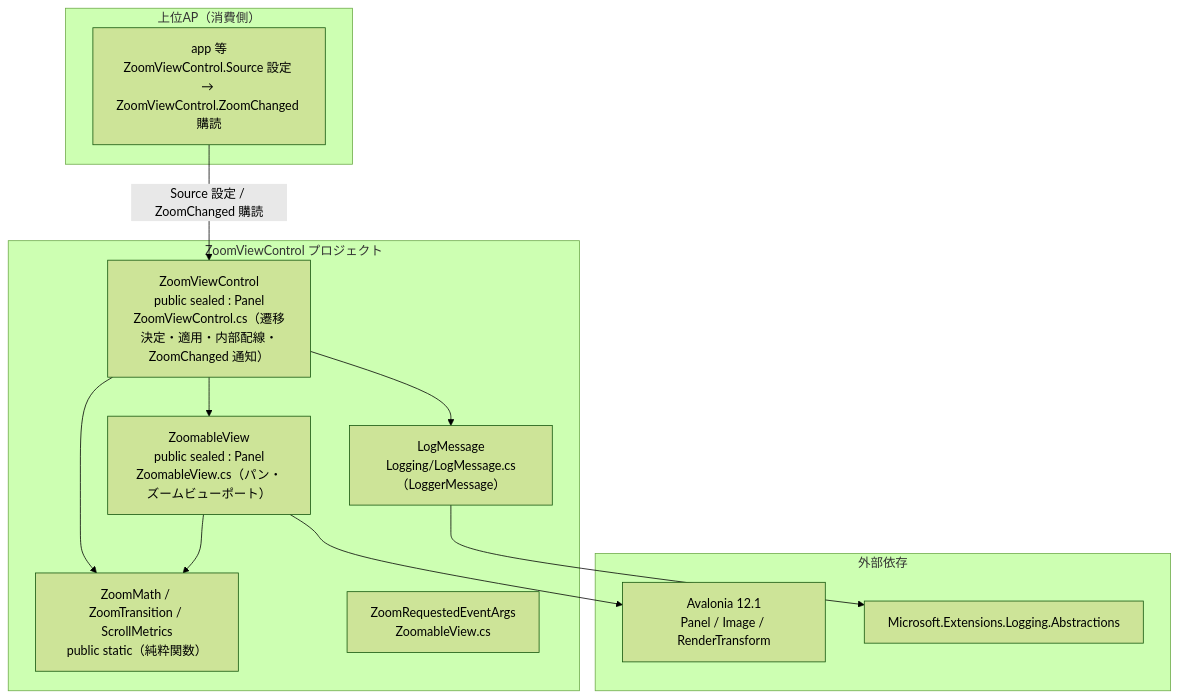
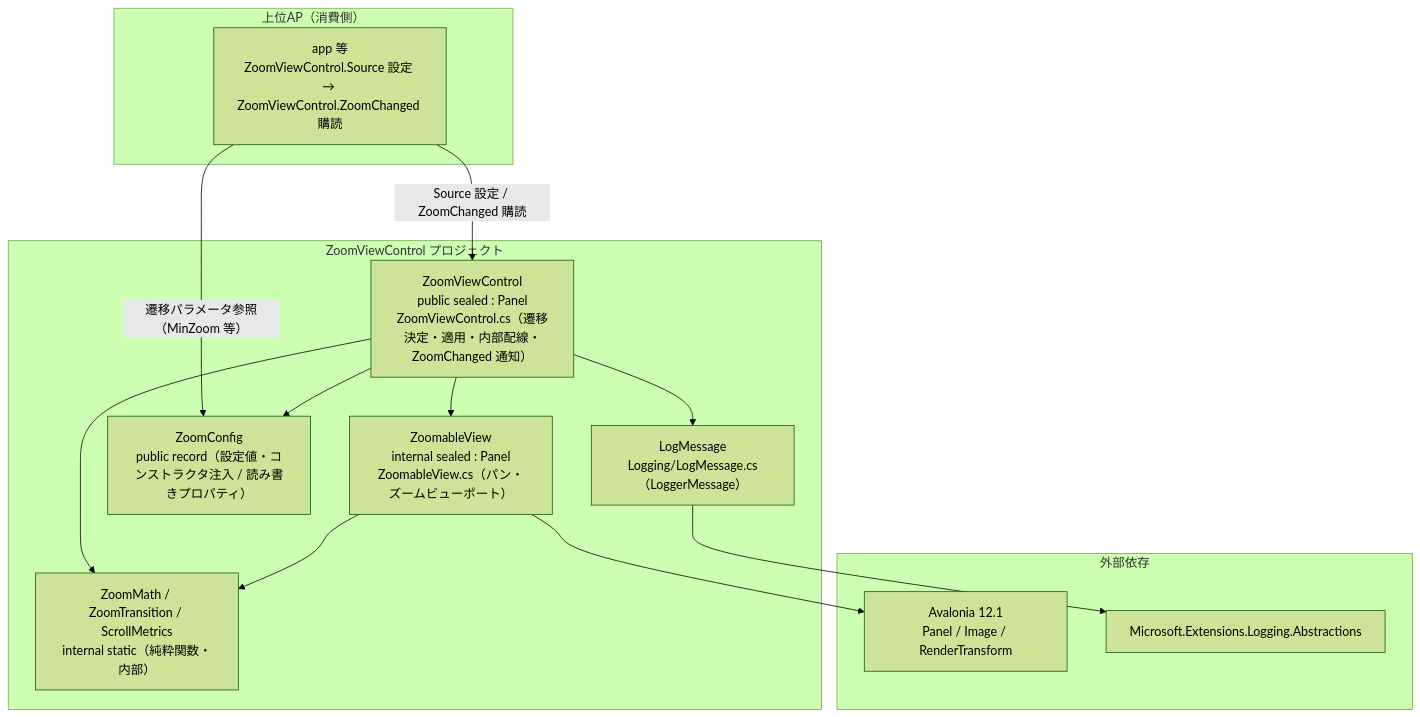
One commit to tomokuni/SaveEvidence changed the diagram in src/ZoomViewControl/SPEC_System.md. Above: the diagram before and after it, drawn with Mermaid (forest theme). The commit also changed other lines of this file and 15 other files, not shown here.

First line of the commit message:
Refactor ZoomViewControl and related classes for improved configurability and encapsulation

````diff
--- a/src/ZoomViewControl/SPEC_System.md
+++ b/src/ZoomViewControl/SPEC_System.md
@@ -78,25 +79,27 @@
 ```mermaid
 flowchart TB
     subgraph ZVC["ZoomViewControl プロジェクト"]
         ZVW["ZoomViewControl<br/>public sealed : Panel<br/>ZoomViewControl.cs（遷移決定・適用・内部配線・ZoomChanged 通知）"]
-        ZV["ZoomableView<br/>public sealed : Panel<br/>ZoomableView.cs（パン・ズームビューポート）"]
-        PF["ZoomMath / ZoomTransition / ScrollMetrics<br/>public static（純粋関数）"]
-        EV["ZoomRequestedEventArgs<br/>ZoomableView.cs"]
+        ZV["ZoomableView<br/>internal sealed : Panel<br/>ZoomableView.cs（パン・ズームビューポート）"]
+        PF["ZoomConfig<br/>public record（設定値・コンストラクタ注入 / 読み書きプロパティ）"]
+        PFI["ZoomMath / ZoomTransition / ScrollMetrics<br/>internal static（純粋関数・内部）"]
         LG["LogMessage<br/>Logging/LogMessage.cs（LoggerMessage）"]
     end
     subgraph Host["上位AP（消費側）"]
         AP["app 等<br/>ZoomViewControl.Source 設定 → ZoomViewControl.ZoomChanged 購読"]
     end
     subgraph Dep["外部依存"]
         AV["Avalonia 12.1<br/>Panel / Image / RenderTransform"]
         LGAB["Microsoft.Extensions.Logging.Abstractions"]
     end
 
     AP -->|Source 設定 / ZoomChanged 購読| ZVW
+    AP -->|遷移パラメータ参照（MinZoom 等）| PF
     ZVW --> ZV
     ZVW --> PF
-    ZV --> PF
+    ZVW --> PFI
+    ZV --> PFI
     ZVW --> LG
     ZV --> AV
     LG --> LGAB
 ```
````
